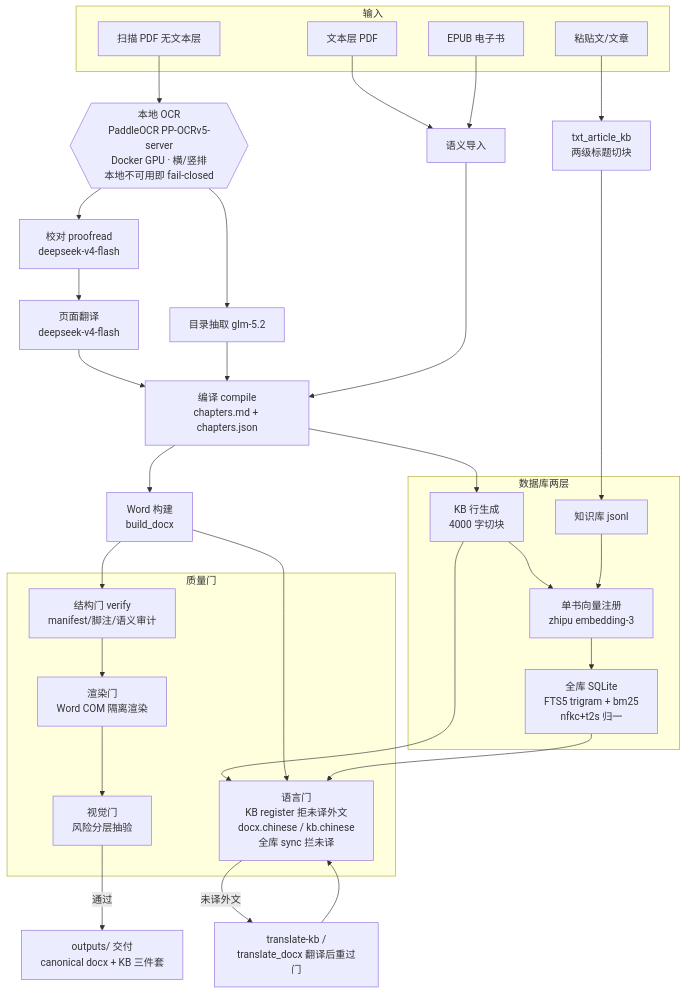
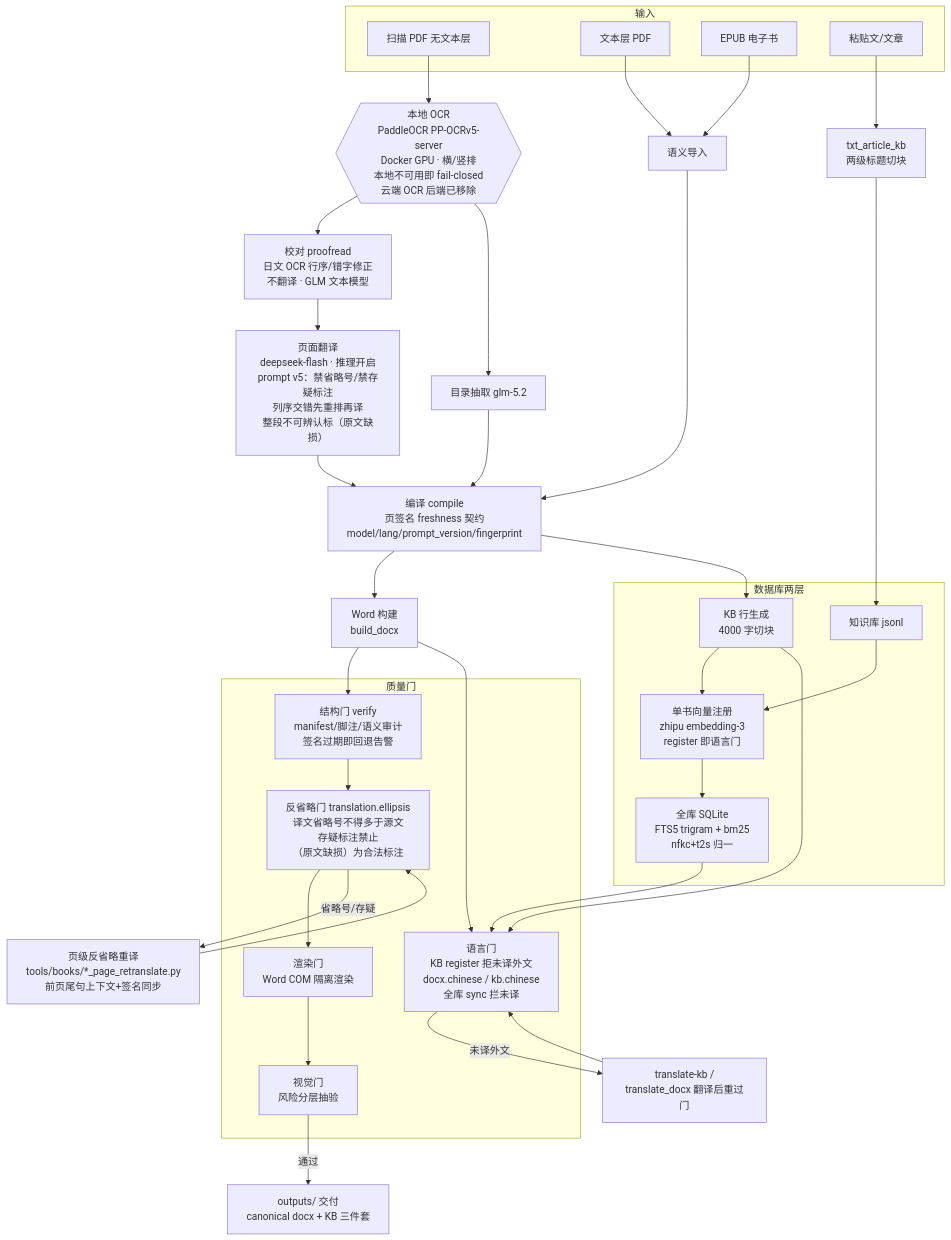
Before and after one commit to 693623649-border/translation-agent: the first of 2 diagrams in README.md, drawn with Mermaid. The commit also changed other lines of this file and 9 other files, not shown here.

First line of the commit message:
feat: anti-elision translation prompt v5 + deepseek-flash, page repair tool

````diff
--- a/README.md
+++ b/README.md
@@ -14,46 +14,49 @@
 ```mermaid
 flowchart TD
     subgraph 输入
         PDF1[扫描 PDF 无文本层]
         PDF2[文本层 PDF]
         EPUB[EPUB 电子书]
         TXT[粘贴文/文章]
     end
 
-    PDF1 --> OCR{{本地 OCR<br/>PaddleOCR PP-OCRv5-server<br/>Docker GPU · 横/竖排<br/>本地不可用即 fail-closed}}
+    PDF1 --> OCR{{本地 OCR<br/>PaddleOCR PP-OCRv5-server<br/>Docker GPU · 横/竖排<br/>本地不可用即 fail-closed<br/>云端 OCR 后端已移除}}
     PDF2 --> IMP[语义导入]
     EPUB --> IMP
     TXT --> TXTKB[txt_article_kb<br/>两级标题切块]
 
-    OCR --> PR[校对 proofread<br/>deepseek-v4-flash]
-    PR --> TR[页面翻译<br/>deepseek-v4-flash]
+    OCR --> PR[校对 proofread<br/>日文 OCR 行序/错字修正<br/>不翻译 · GLM 文本模型]
+    PR --> TR[页面翻译<br/>deepseek-flash · 推理开启<br/>prompt v5：禁省略号/禁存疑标注<br/>列序交错先重排再译<br/>整段不可辨认标（原文缺损）]
     OCR --> TOC[目录抽取 glm-5.2]
-    TR --> CMP[编译 compile<br/>chapters.md + chapters.json]
+    TR --> CMP[编译 compile<br/>页签名 freshness 契约<br/>model/lang/prompt_version/fingerprint]
     TOC --> CMP
     IMP --> CMP
     TXTKB --> KBD[知识库 jsonl]
 
     CMP --> DOCX[Word 构建<br/>build_docx]
     CMP --> KBR[KB 行生成<br/>4000 字切块]
 
     subgraph 数据库两层
-        KBR --> REG[单书向量注册<br/>zhipu embedding-3]
+        KBR --> REG[单书向量注册<br/>zhipu embedding-3<br/>register 即语言门]
         KBD --> REG
         REG --> SYNC[全库 SQLite<br/>FTS5 trigram + bm25<br/>nfkc+t2s 归一]
     end
 
     subgraph 质量门
-        V1[结构门 verify<br/>manifest/脚注/语义审计]
+        V1[结构门 verify<br/>manifest/脚注/语义审计<br/>签名过期即回退告警]
         V2[语言门<br/>KB register 拒未译外文<br/>docx.chinese / kb.chinese<br/>全库 sync 拦未译]
+        V2E[反省略门 translation.ellipsis<br/>译文省略号不得多于源文<br/>存疑标注禁止<br/>（原文缺损）为合法标注]
         V3[渲染门<br/>Word COM 隔离渲染]
         V4[视觉门<br/>风险分层抽验]
     end
 
-    DOCX --> V1 --> V3 --> V4
+    DOCX --> V1 --> V2E --> V3 --> V4
     KBR --> V2
     DOCX --> V2
     SYNC --> V2
     V4 -->|通过| OUT[outputs/ 交付<br/>canonical docx + KB 三件套]
     V2 -->|未译外文| FIX[translate-kb /<br/>translate_docx 翻译后重过门]
+    V2E -->|省略号/存疑| FIX2[页级反省略重译<br/>tools/books/*_page_retranslate.py<br/>前页尾句上下文+签名同步]
     FIX --> V2
+    FIX2 --> V2E
 ```
````
